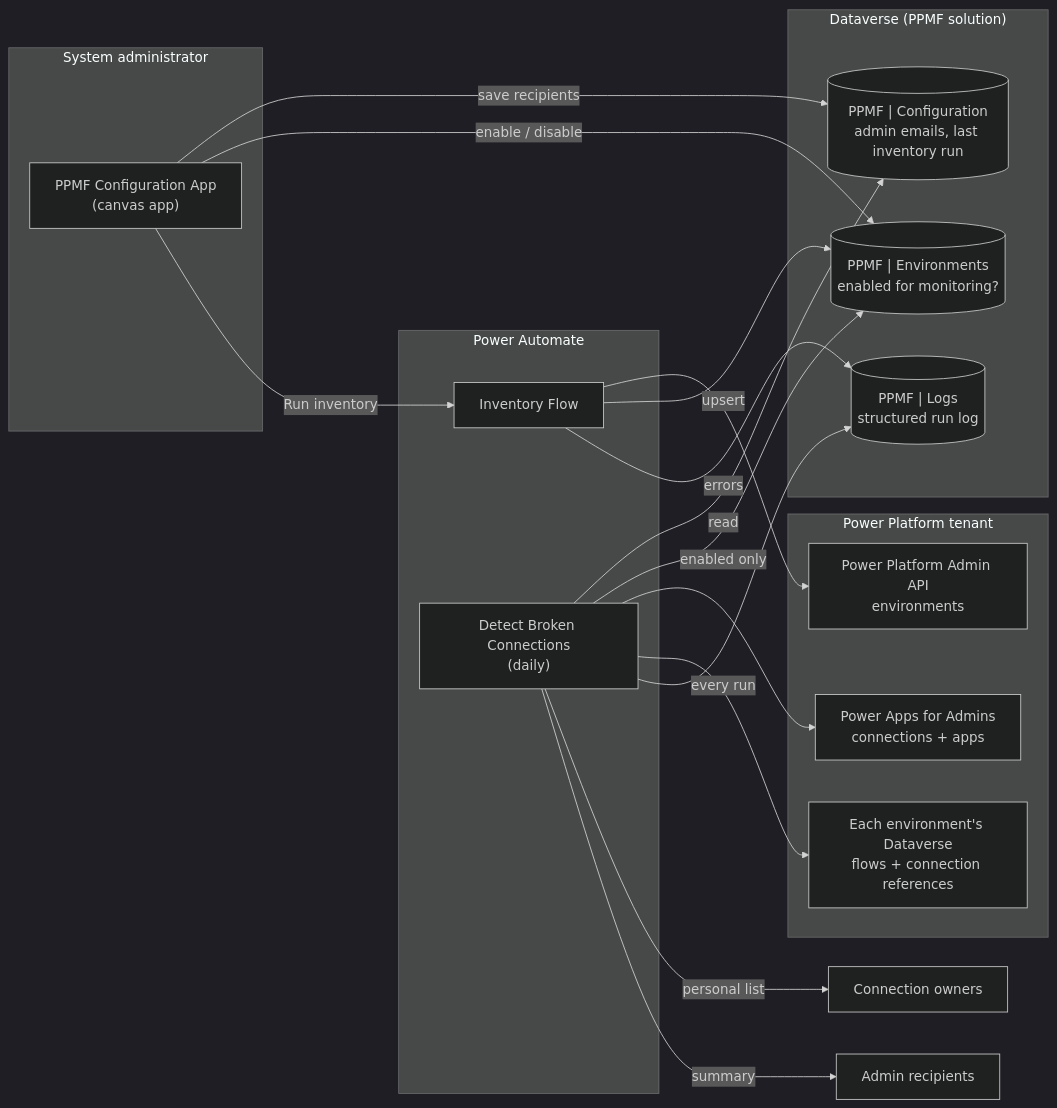
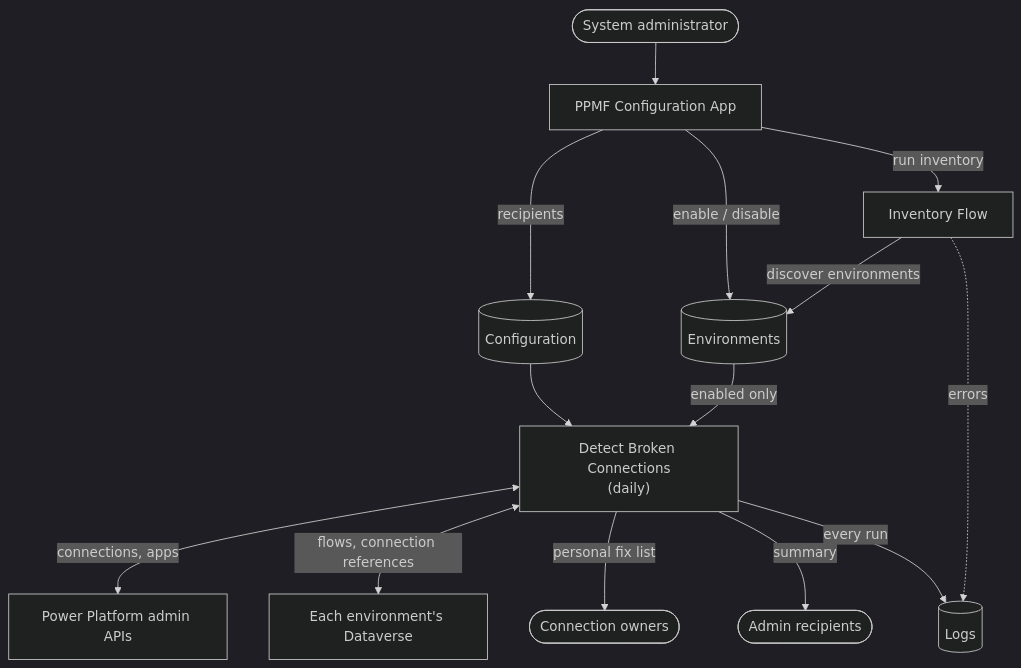
The diagram in README.md (manjugundala/PPMF), drawn with Mermaid (dark theme) before and after one commit.

Commit message:
README: compact top-down architecture diagram
Claude-Session: https://claude.ai/code/session_013FRn62gNCi1JQ2LKFxBhyS

````diff
--- a/README.md
+++ b/README.md
@@ -58,40 +58,16 @@
 ```mermaid
-flowchart LR
-    subgraph Admin["System administrator"]
-        APP["PPMF Configuration App<br/>(canvas app)"]
-    end
-
-    subgraph DV["Dataverse (PPMF solution)"]
-        CFG[("PPMF | Configuration<br/>admin emails, last inventory run")]
-        ENV[("PPMF | Environments<br/>enabled for monitoring?")]
-        LOG[("PPMF | Logs<br/>structured run log")]
-    end
-
-    subgraph Flows["Power Automate"]
-        INV["Inventory Flow"]
-        DET["Detect Broken Connections<br/>(daily)"]
-    end
-
-    subgraph Tenant["Power Platform tenant"]
-        PPA["Power Platform Admin API<br/>environments"]
-        PAA["Power Apps for Admins<br/>connections + apps"]
-        EDV["Each environment's Dataverse<br/>flows + connection references"]
-    end
-
-    OWN["Connection owners"]
-    ADM["Admin recipients"]
-
-    APP -- "save recipients" --> CFG
-    APP -- "enable / disable" --> ENV
-    APP -- "Run inventory" --> INV
-    INV --> PPA
-    INV -- "upsert" --> ENV
-    DET -- "read" --> CFG
-    DET -- "enabled only" --> ENV
-    DET --> PAA
-    DET --> EDV
-    DET -- "every run" --> LOG
-    INV -- "errors" --> LOG
-    DET -- "personal list" --> OWN
-    DET -- "summary" --> ADM
+flowchart TB
+    ADMIN(["System administrator"]) --> APP["PPMF Configuration App"]
+    APP -->|"recipients"| CFG[("Configuration")]
+    APP -->|"enable / disable"| ENV[("Environments")]
+    APP -->|"run inventory"| INV["Inventory Flow"]
+    INV -->|"discover environments"| ENV
+    CFG --> DET["Detect Broken Connections<br/>(daily)"]
+    ENV -->|"enabled only"| DET
+    DET <-->|"connections, apps"| API["Power Platform admin APIs"]
+    DET <-->|"flows, connection references"| EDV["Each environment's Dataverse"]
+    DET -->|"personal fix list"| OWN(["Connection owners"])
+    DET -->|"summary"| ADM(["Admin recipients"])
+    DET -->|"every run"| LOG[("Logs")]
+    INV -.->|"errors"| LOG
 ```
````
